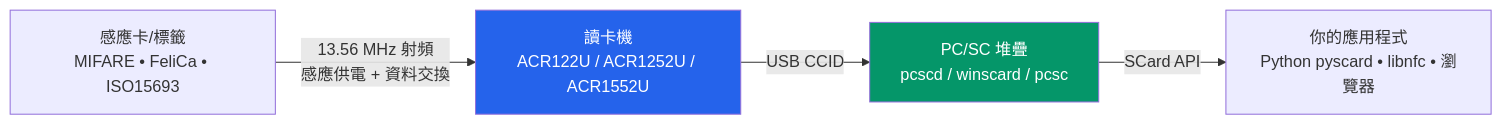
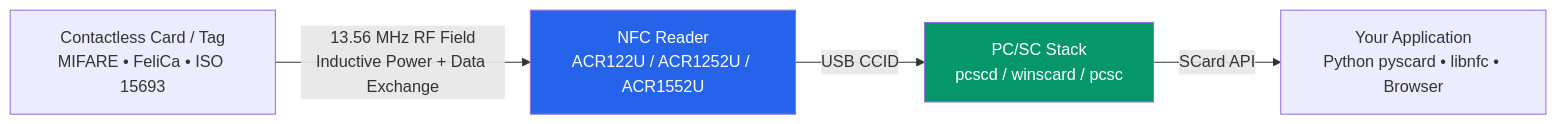
The diagram in docs/05-acs/index.md (yopitek/yupitek-wiki), drawn with Mermaid before and after one commit. The commit also changed other lines of this file and 60 other files, not shown here.

````diff
--- a/docs/05-acs/index.md
+++ b/docs/05-acs/index.md
@@ -27,9 +27,9 @@
 ```mermaid
 flowchart LR
-    A[感應卡/標籤<br/>MIFARE • FeliCa • ISO15693] -->|13.56 MHz 射頻<br/>感應供電 + 資料交換| B[讀卡機<br/>ACR122U / ACR1252U / ACR1552U]
-    B -->|USB CCID| C[PC/SC 堆疊<br/>pcscd / winscard / pcsc]
-    C -->|SCard API| D[你的應用程式<br/>Python pyscard • libnfc • 瀏覽器]
+    A[Contactless Card / Tag<br/>MIFARE • FeliCa • ISO 15693] -->|13.56 MHz RF Field<br/>Inductive Power + Data Exchange| B[NFC Reader<br/>ACR122U / ACR1252U / ACR1552U]
+    B -->|USB CCID| C[PC/SC Stack<br/>pcscd / winscard / pcsc]
+    C -->|SCard API| D[Your Application<br/>Python pyscard • libnfc • Browser]
 
     style B fill:#2563eb,color:#fff
     style C fill:#059669,color:#fff
 ```
````
